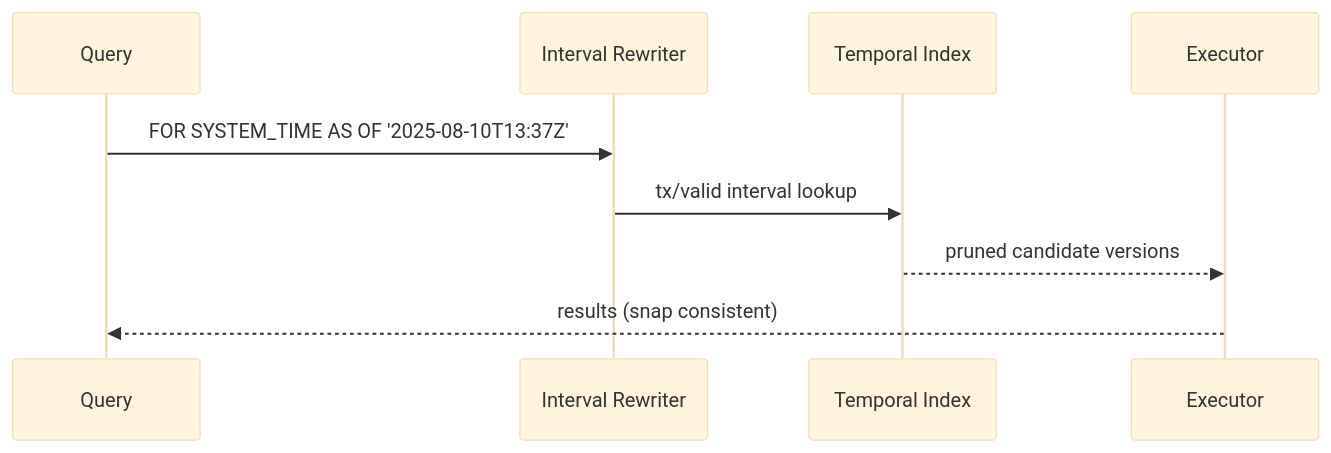
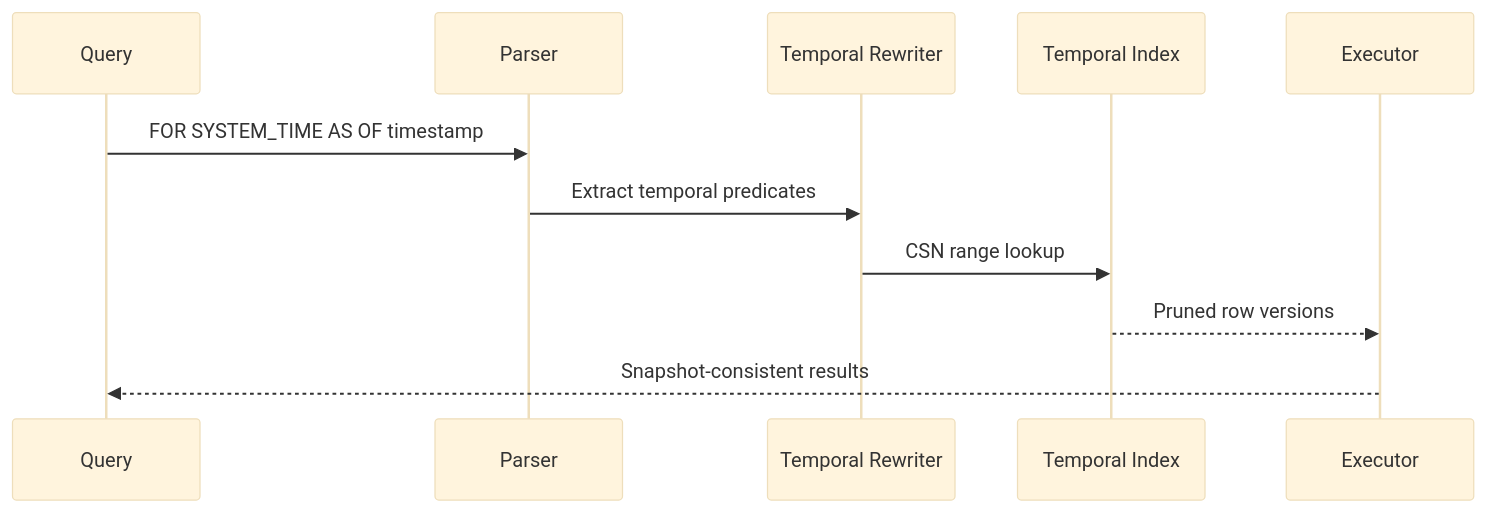
The third of 9 diagrams in README.md (hoangsonww/LatticeDB-NextGen-DBMS), drawn with Mermaid (base theme) before and after one commit. The commit also changed other lines of this file and 82 other files, not shown here.

````diff
--- a/README.md
+++ b/README.md
@@ -277,11 +292,13 @@
 ```mermaid
 sequenceDiagram
-  participant Q as Query
-  participant I as Interval Rewriter
-  participant IX as Temporal Index
-  participant EX as Executor
-  Q->>I: FOR SYSTEM_TIME AS OF '2025-08-10T13:37Z'
-  I->>IX: tx/valid interval lookup
-  IX-->>EX: pruned candidate versions
-  EX-->>Q: results (snap consistent)
+    participant Q as Query
+    participant P as Parser
+    participant T as Temporal Rewriter
+    participant I as Temporal Index
+    participant E as Executor
+    Q->>P: FOR SYSTEM_TIME AS OF timestamp
+    P->>T: Extract temporal predicates
+    T->>I: CSN range lookup
+    I-->>E: Pruned row versions
+    E-->>Q: Snapshot-consistent results
 ```
````
